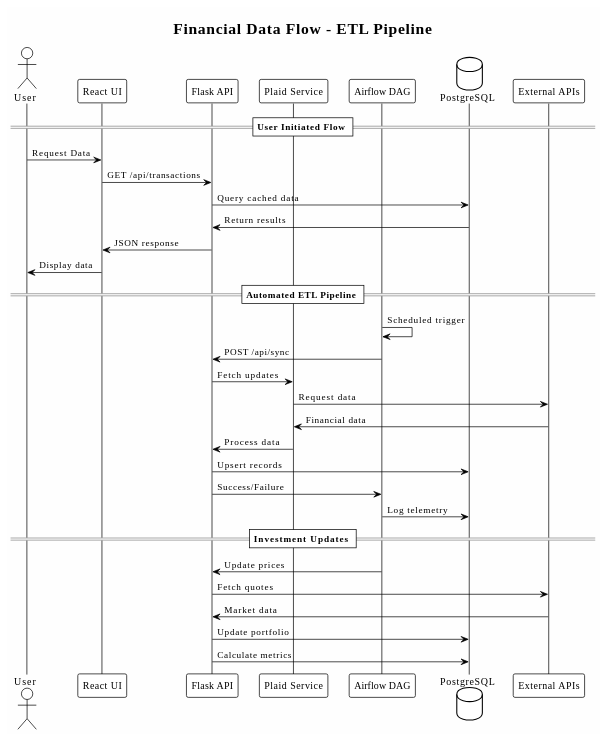
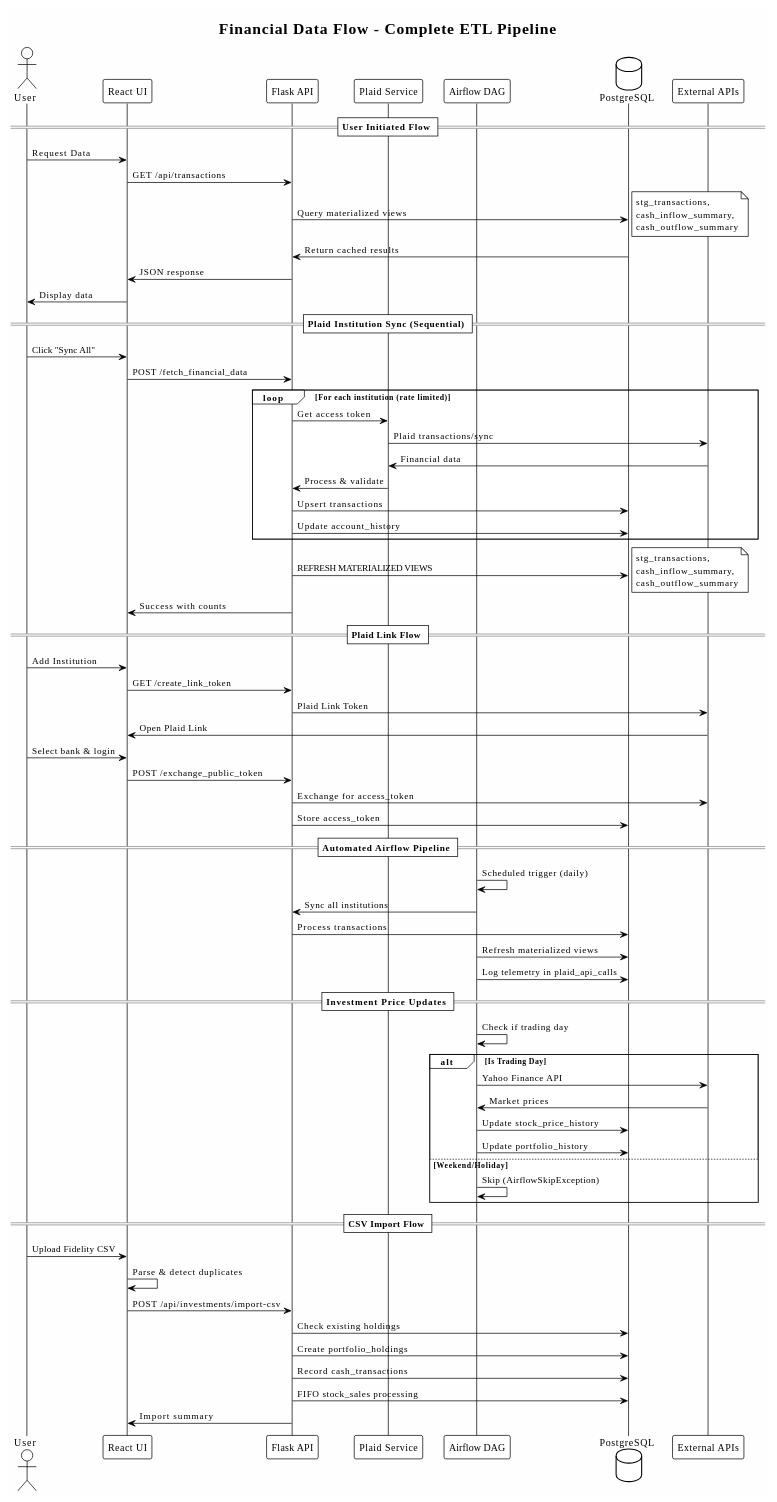
The second of 2 diagrams in README.md (m-dur/docs), drawn with PlantUML before and after one commit. The commit also changed other lines of this file, not shown here.

First line of the commit message:
Update README with exhaustive architecture from live app analysis

````diff
--- a/README.md
+++ b/README.md
@@ -123,43 +123,79 @@
 ```plantuml
 @startuml
 !theme plain
 skinparam backgroundColor #FEFEFE
 
-title Financial Data Flow - ETL Pipeline
+title Financial Data Flow - Complete ETL Pipeline
 
 actor User as U
 participant "React UI" as UI
 participant "Flask API" as API
 participant "Plaid Service" as PS
 participant "Airflow DAG" as DAG
 database "PostgreSQL" as DB
 participant "External APIs" as EXT
 
 == User Initiated Flow ==
 U -> UI : Request Data
 UI -> API : GET /api/transactions
-API -> DB : Query cached data
-DB -> API : Return results
+API -> DB : Query materialized views
+note right: stg_transactions,\ncash_inflow_summary,\ncash_outflow_summary
+DB -> API : Return cached results
 API -> UI : JSON response
 UI -> U : Display data
 
-== Automated ETL Pipeline ==
-DAG -> DAG : Scheduled trigger
-DAG -> API : POST /api/sync
-API -> PS : Fetch updates
-PS -> EXT : Request data
-EXT -> PS : Financial data
-PS -> API : Process data
-API -> DB : Upsert records
-API -> DAG : Success/Failure
-DAG -> DB : Log telemetry
+== Plaid Institution Sync (Sequential) ==
+U -> UI : Click "Sync All"
+UI -> API : POST /fetch_financial_data
+loop For each institution (rate limited)
+  API -> PS : Get access token
+  PS -> EXT : Plaid transactions/sync
+  EXT -> PS : Financial data
+  PS -> API : Process & validate
+  API -> DB : Upsert transactions
+  API -> DB : Update account_history
+end
+API -> DB : REFRESH MATERIALIZED VIEWS
+note right: stg_transactions,\ncash_inflow_summary,\ncash_outflow_summary
+API -> UI : Success with counts
 
-== Investment Updates ==
-DAG -> API : Update prices
-API -> EXT : Fetch quotes
-EXT -> API : Market data
-API -> DB : Update portfolio
-API -> DB : Calculate metrics
+== Plaid Link Flow ==
+U -> UI : Add Institution
+UI -> API : GET /create_link_token
+API -> EXT : Plaid Link Token
+EXT -> UI : Open Plaid Link
+U -> UI : Select bank & login
+UI -> API : POST /exchange_public_token
+API -> EXT : Exchange for access_token
+API -> DB : Store access_token
+
+== Automated Airflow Pipeline ==
+DAG -> DAG : Scheduled trigger (daily)
+DAG -> API : Sync all institutions
+API -> DB : Process transactions
+DAG -> DB : Refresh materialized views
+DAG -> DB : Log telemetry in plaid_api_calls
+
+== Investment Price Updates ==
+DAG -> DAG : Check if trading day
+alt Is Trading Day
+  DAG -> EXT : Yahoo Finance API
+  EXT -> DAG : Market prices
+  DAG -> DB : Update stock_price_history
+  DAG -> DB : Update portfolio_history
+else Weekend/Holiday
+  DAG -> DAG : Skip (AirflowSkipException)
+end
+
+== CSV Import Flow ==
+U -> UI : Upload Fidelity CSV
+UI -> UI : Parse & detect duplicates
+UI -> API : POST /api/investments/import-csv
+API -> DB : Check existing holdings
+API -> DB : Create portfolio_holdings
+API -> DB : Record cash_transactions
+API -> DB : FIFO stock_sales processing
+API -> UI : Import summary
 
 @enduml
 ```
````
